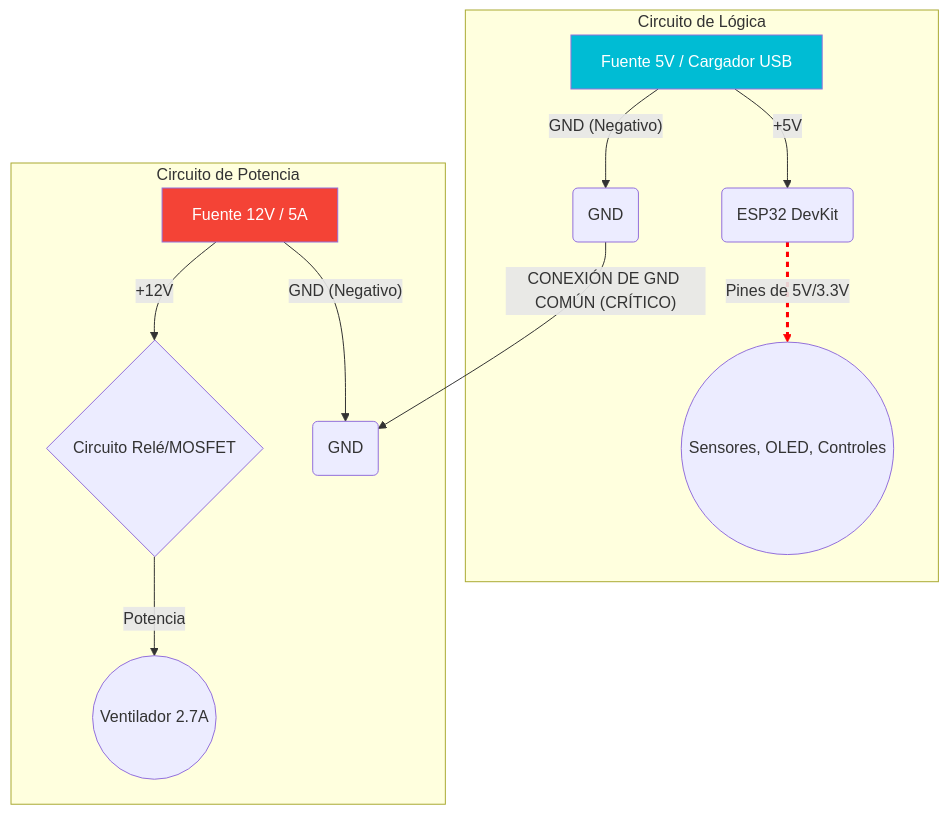
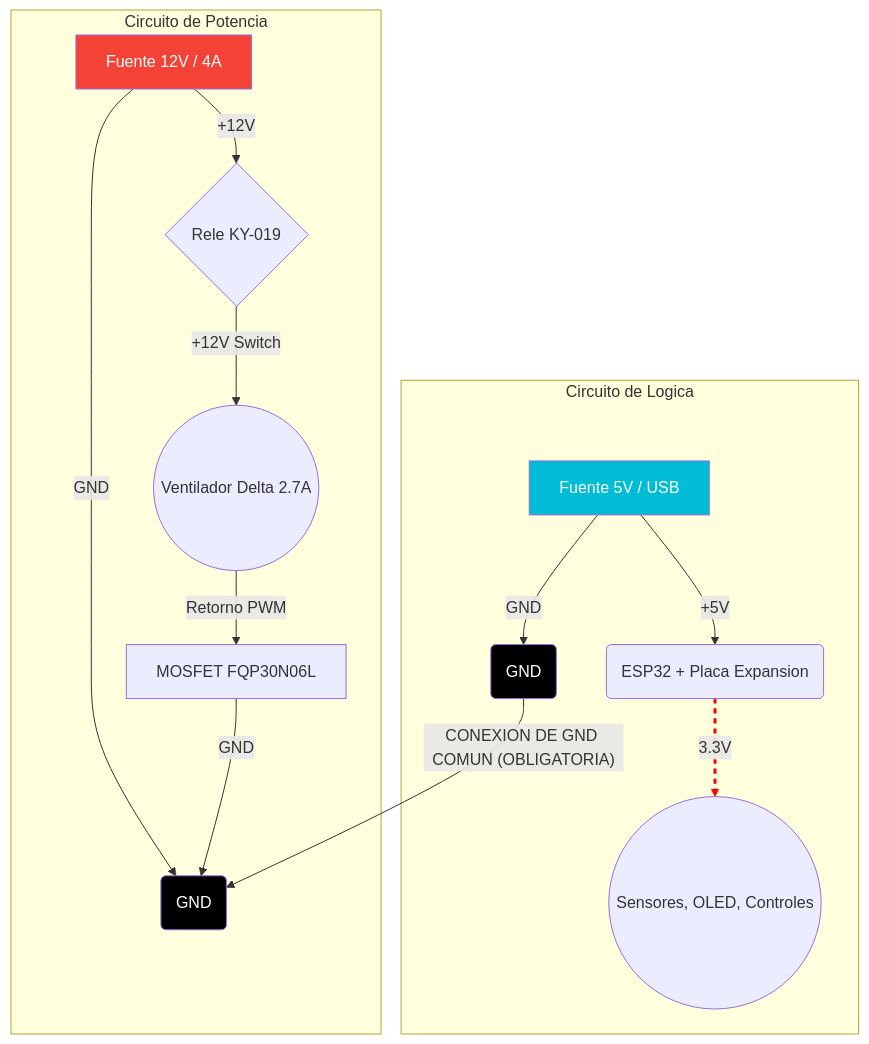
Before and after one commit to RMedits/extractor-inteligente-firmware: the diagram in docs/DIAGRAMA_ALIMENTACION.md, drawn with Mermaid. The commit also changed other lines of this file and 14 other files, not shown here.

````diff
--- a/docs/DIAGRAMA_ALIMENTACION.md
+++ b/docs/DIAGRAMA_ALIMENTACION.md
@@ -5,24 +5,28 @@
 ```mermaid
 graph TD
-    subgraph "Circuito de Lógica"
-        A[Fuente 5V / Cargador USB]
-        A -- "+5V" --> B(ESP32 DevKit);
-        A -- "GND (Negativo)" --> G1(GND);
-        B -- "Pines de 5V/3.3V" --> C((Sensores, OLED, Controles));
+    subgraph "Circuito de Logica"
+        A[Fuente 5V / USB]
+        A -- "+5V" --> B(ESP32 + Placa Expansion);
+        A -- "GND" --> G1(GND);
+        B -- "3.3V" --> C((Sensores, OLED, Controles));
     end
 
     subgraph "Circuito de Potencia"
-        D[Fuente 12V / 5A]
-        D -- "+12V" --> E{Circuito Relé/MOSFET};
-        E -- "Potencia" --> F((Ventilador 2.7A));
-        D -- "GND (Negativo)" --> G2(GND);
+        D[Fuente 12V / 4A]
+        D -- "+12V" --> E{Rele KY-019};
+        E -- "+12V Switch" --> F((Ventilador Delta 2.7A));
+        D -- "GND" --> G2(GND);
+        F -- "Retorno PWM" --> M[MOSFET FQP30N06L];
+        M -- "GND" --> G2;
     end
 
-    %% Conexión Crítica
-    G1 -- "CONEXIÓN DE GND COMÚN (CRÍTICO)" --> G2;
+    %% Conexion Critica
+    G1 -- "CONEXION DE GND COMUN (OBLIGATORIA)" --> G2;
 
     %% Estilos
     style A fill:#00BCD4,color:#fff
     style D fill:#F44336,color:#fff
+    style G1 fill:#000,color:#fff
+    style G2 fill:#000,color:#fff
     linkStyle 2 stroke:#ff0000,stroke-width:3px,stroke-dasharray: 5 5;
 ```
````
